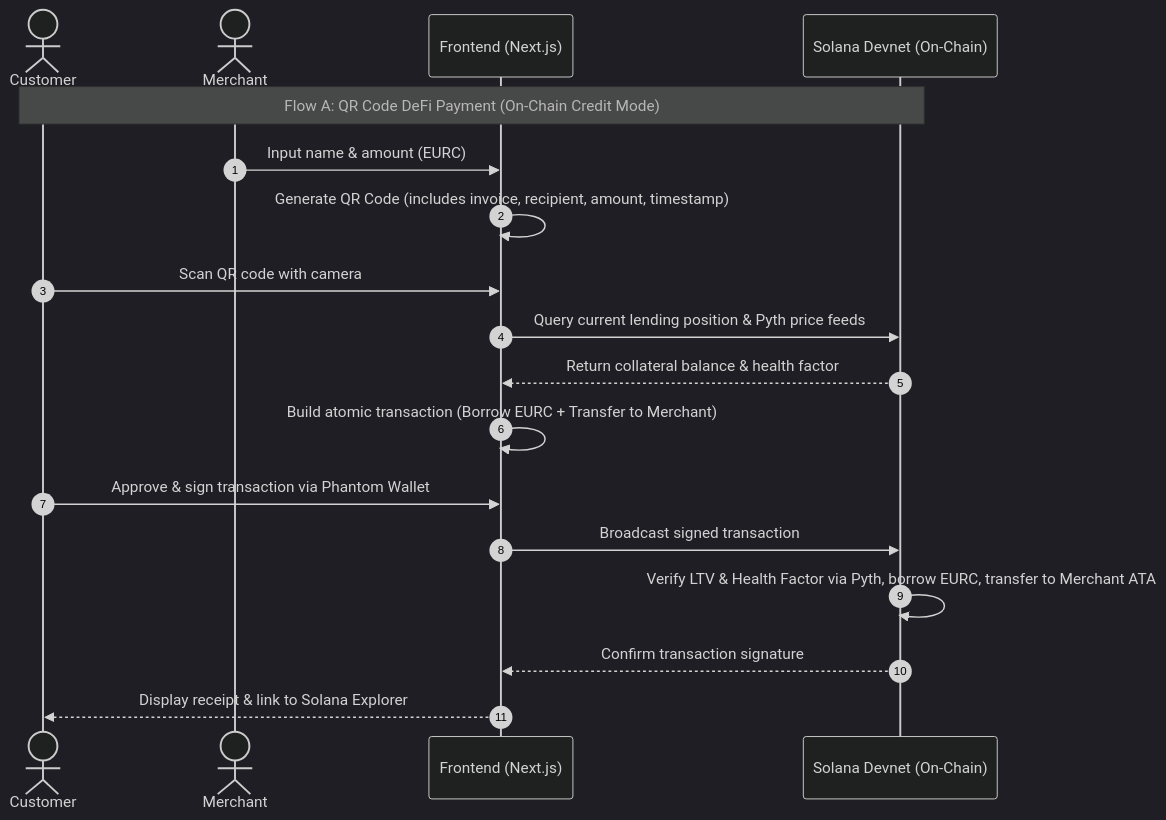
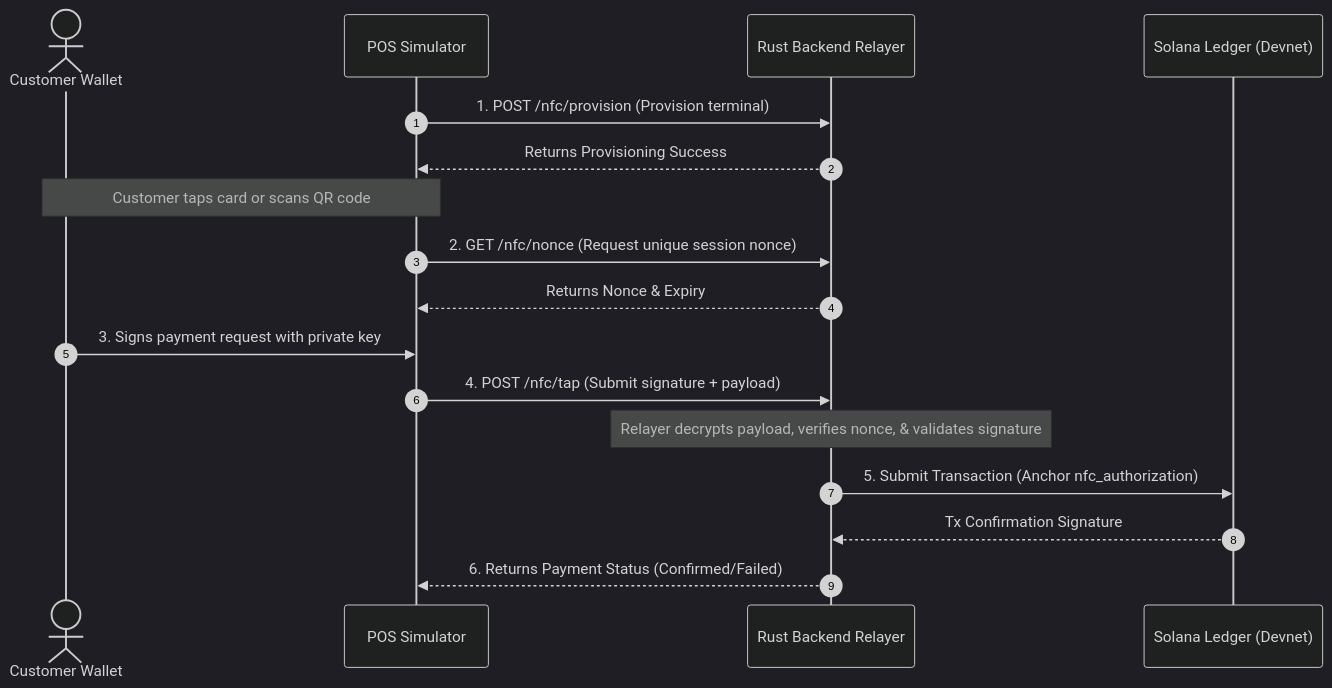
Before and after one commit to sks006/digital_payment_system: the first of 2 diagrams in README.md, drawn with Mermaid (dark theme). The commit also changed other lines of this file, not shown here.

Commit message:
docs: update README with monorepo details, diagrams and active endpoints

````diff
--- a/README.md
+++ b/README.md
@@ -269,21 +74,23 @@
 ```mermaid
 sequenceDiagram
     autonumber
-    actor Customer
-    actor Merchant
-    participant FE as Frontend (Next.js)
-    participant Chain as Solana Devnet (On-Chain)
-
-    Note over Customer, Chain: Flow A: QR Code DeFi Payment (On-Chain Credit Mode)
-    Merchant->>FE: Input name & amount (EURC)
-    FE->>FE: Generate QR Code (includes invoice, recipient, amount, timestamp)
-    Customer->>FE: Scan QR code with camera
-    FE->>Chain: Query current lending position & Pyth price feeds
-    Chain-->>FE: Return collateral balance & health factor
-    FE->>FE: Build atomic transaction (Borrow EURC + Transfer to Merchant)
-    Customer->>FE: Approve & sign transaction via Phantom Wallet
-    FE->>Chain: Broadcast signed transaction
-    Chain->>Chain: Verify LTV & Health Factor via Pyth, borrow EURC, transfer to Merchant ATA
-    Chain-->>FE: Confirm transaction signature
-    FE-->>Customer: Display receipt & link to Solana Explorer
+    actor Customer as Customer Wallet
+    participant POS as POS Simulator
+    participant API as Rust Backend Relayer
+    participant Solana as Solana Ledger (Devnet)
+    
+    POS->>API: 1. POST /nfc/provision (Provision terminal)
+    API-->>POS: Returns Provisioning Success
+    
+    Note over Customer, POS: Customer taps card or scans QR code
+    POS->>API: 2. GET /nfc/nonce (Request unique session nonce)
+    API-->>POS: Returns Nonce & Expiry
+    
+    Customer->>POS: 3. Signs payment request with private key
+    POS->>API: 4. POST /nfc/tap (Submit signature + payload)
+    
+    Note over API: Relayer decrypts payload, verifies nonce, & validates signature
+    API->>Solana: 5. Submit Transaction (Anchor nfc_authorization)
+    Solana-->>API: Tx Confirmation Signature
+    API-->>POS: 6. Returns Payment Status (Confirmed/Failed)
 ```
````
